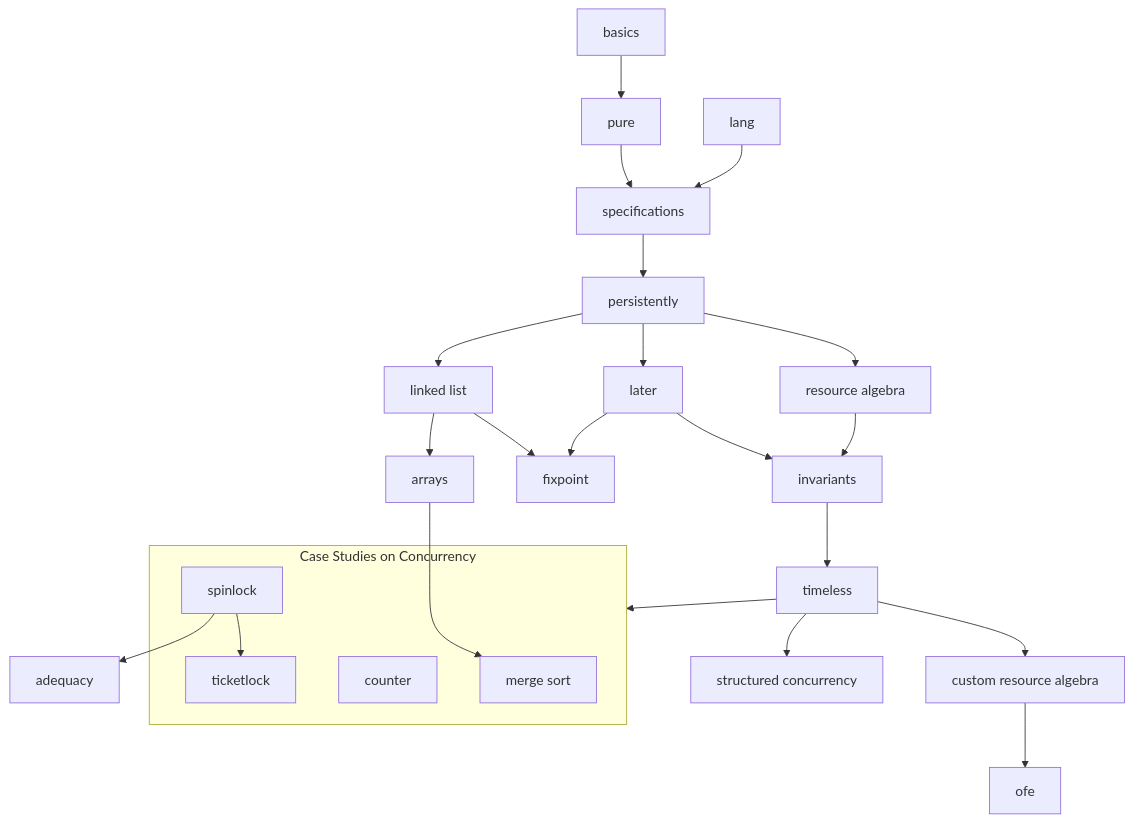
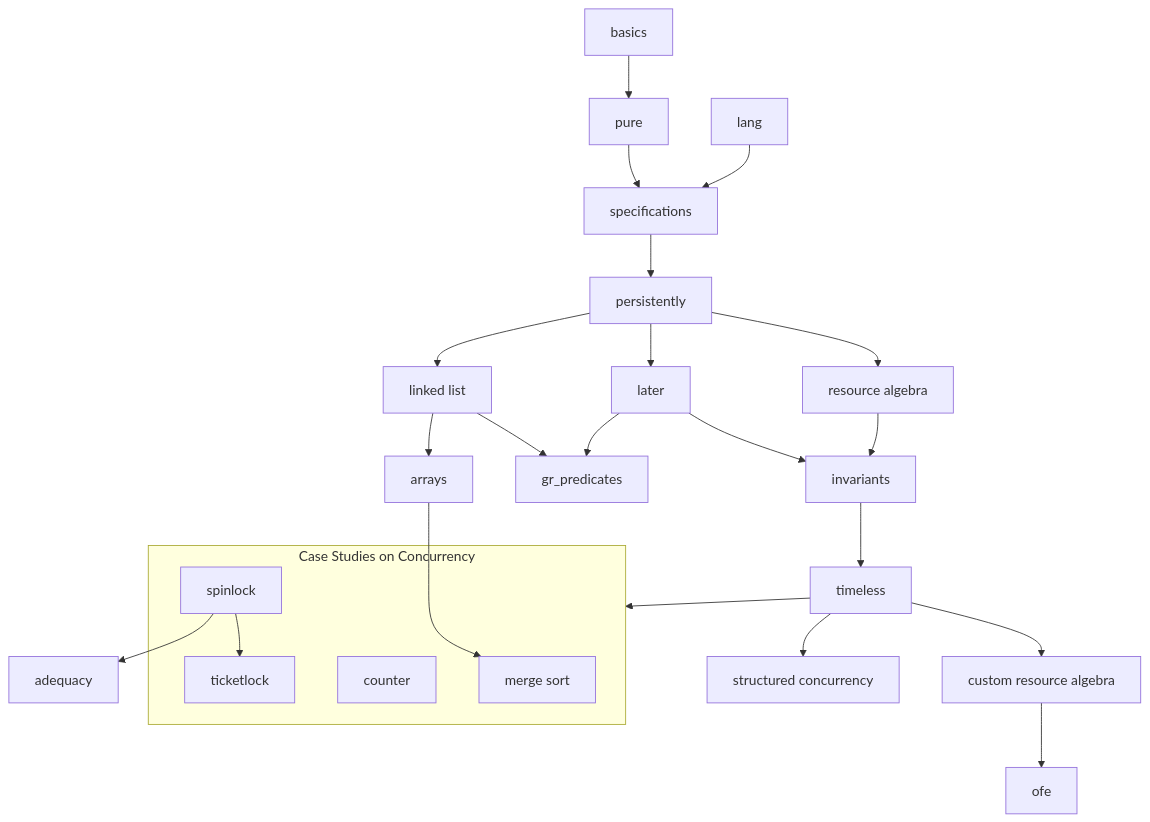
The diagram in README.md (logsem/iris-tutorial), drawn with Mermaid before and after one commit. The commit also changed other lines of this file and 4 other files, not shown here.

Commit message:
renamed fixpoint chapter to gr_predicates.

````diff
--- a/README.md
+++ b/README.md
@@ -66,37 +66,37 @@
 ```mermaid
 graph TD;
   basics --> pure;
   pure --> specs[specifications];
   lang --> specs;
   specs --> pers[persistently];
   pers -->  ra[resource algebra];
   pers --> later;
   pers --> linklist[linked list];
 
   ra --> invariants;
 
   later --> invariants;
-  later --> fix[fixpoint];
+  later --> grp[gr_predicates];
 
-  linklist --> fix;
+  linklist --> grp;
   linklist --> arrays;
 
   invariants --> timeless;
 
   arrays --> merge[merge sort];
 
   timeless --> cst_ra[custom resource algebra];
   timeless --> strconc[structured concurrency];
   timeless --> ccs;
 
   subgraph ccs[Case Studies on Concurrency]
   counter;
   spinlock;
   ticketlock;
   merge;
   spinlock --> ticketlock;
   end
 
   spinlock --> adequacy;
   cst_ra --> ofe;
 ```
````
